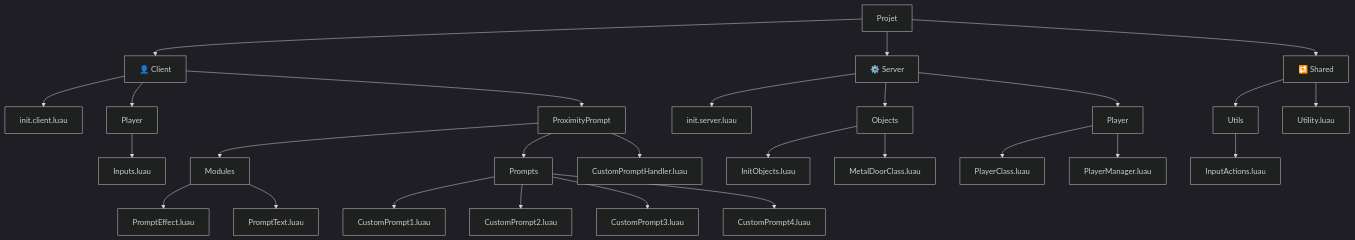
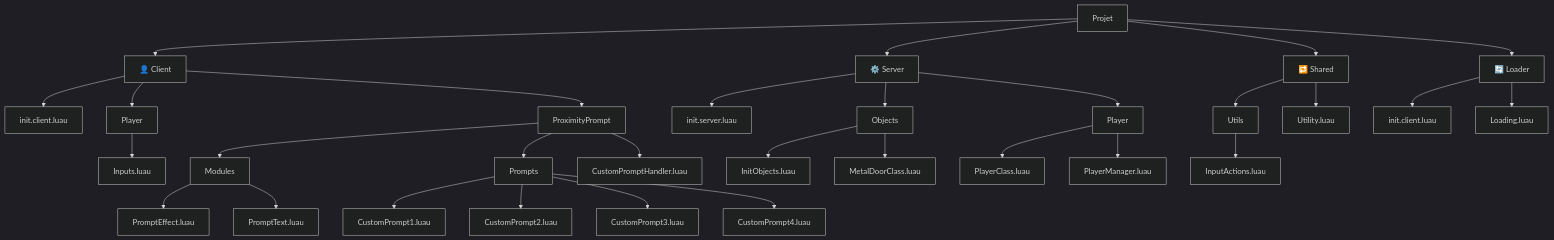
The first of 3 diagrams in README.md (lucidgamesstudio-official/Lost-Signal-DEMO), drawn with Mermaid (dark theme) before and after one commit. The commit also changed other lines of this file, not shown here.

````diff
--- a/README.md
+++ b/README.md
@@ -114,38 +124,42 @@
 ```mermaid
 %% Diagramme d'arborescence du projet
 graph TD
     ROOT[Projet]
 
     %% CLIENT
     ROOT --> CLIENT[👤 Client]
     CLIENT --> C1[init.client.luau]
     CLIENT --> C2[Player]
     C2 --> C2A[Inputs.luau]
     CLIENT --> C3[ProximityPrompt]
     C3 --> C3A[Modules]
     C3A --> C3A1[PromptEffect.luau]
     C3A --> C3A2[PromptText.luau]
     C3 --> C3B[Prompts]
     C3B --> C3B1[CustomPrompt1.luau]
     C3B --> C3B2[CustomPrompt2.luau]
     C3B --> C3B3[CustomPrompt3.luau]
     C3B --> C3B4[CustomPrompt4.luau]
     C3 --> C3C[CustomPromptHandler.luau]
 
     %% SERVER
     ROOT --> SERVER[⚙️ Server]
     SERVER --> S1[init.server.luau]
     SERVER --> S2[Objects]
     S2 --> S2A[InitObjects.luau]
     S2 --> S2B[MetalDoorClass.luau]
     SERVER --> S3[Player]
     S3 --> S3A[PlayerClass.luau]
     S3 --> S3B[PlayerManager.luau]
 
     %% SHARED
     ROOT --> SHARED[🔁 Shared]
     SHARED --> SH1[Utils]
     SH1 --> SH1A[InputActions.luau]
     SHARED --> SH2[Utility.luau]
 
+    %% LOADER
+	ROOT --> LOADER[🔄️ Loader]
+	LOADER --> L1[init.client.luau]
+	LOADER --> L2[Loading.luau]
 ```
````
